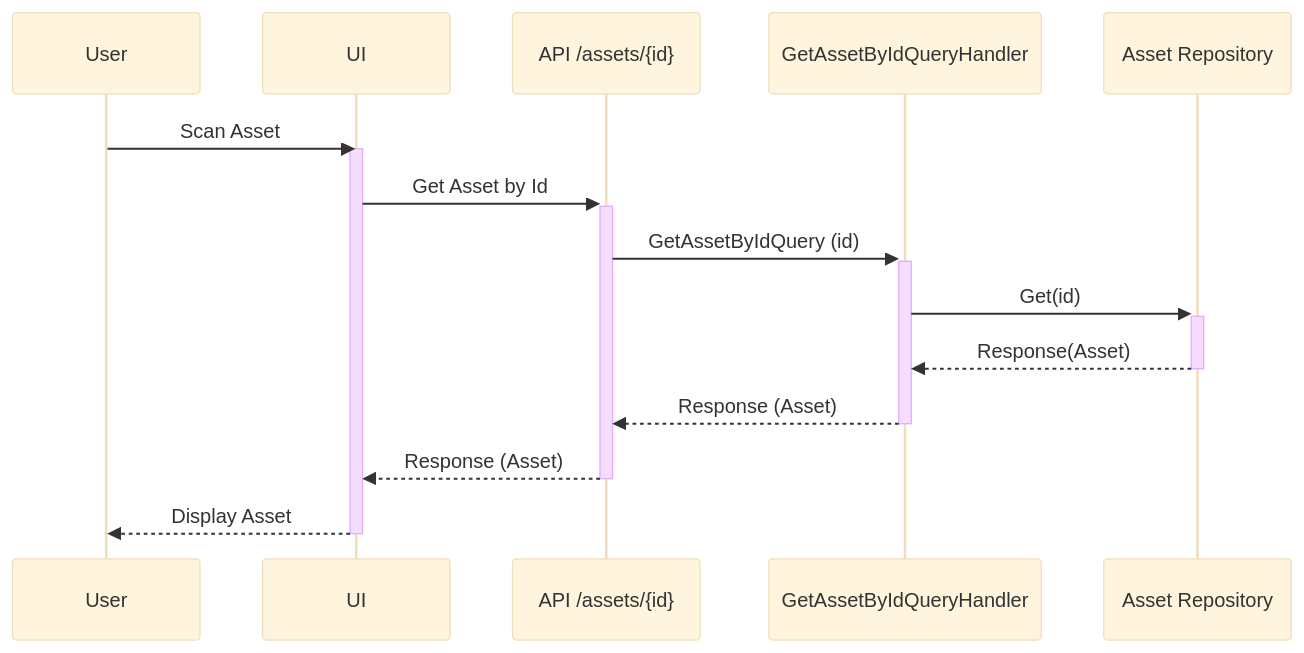
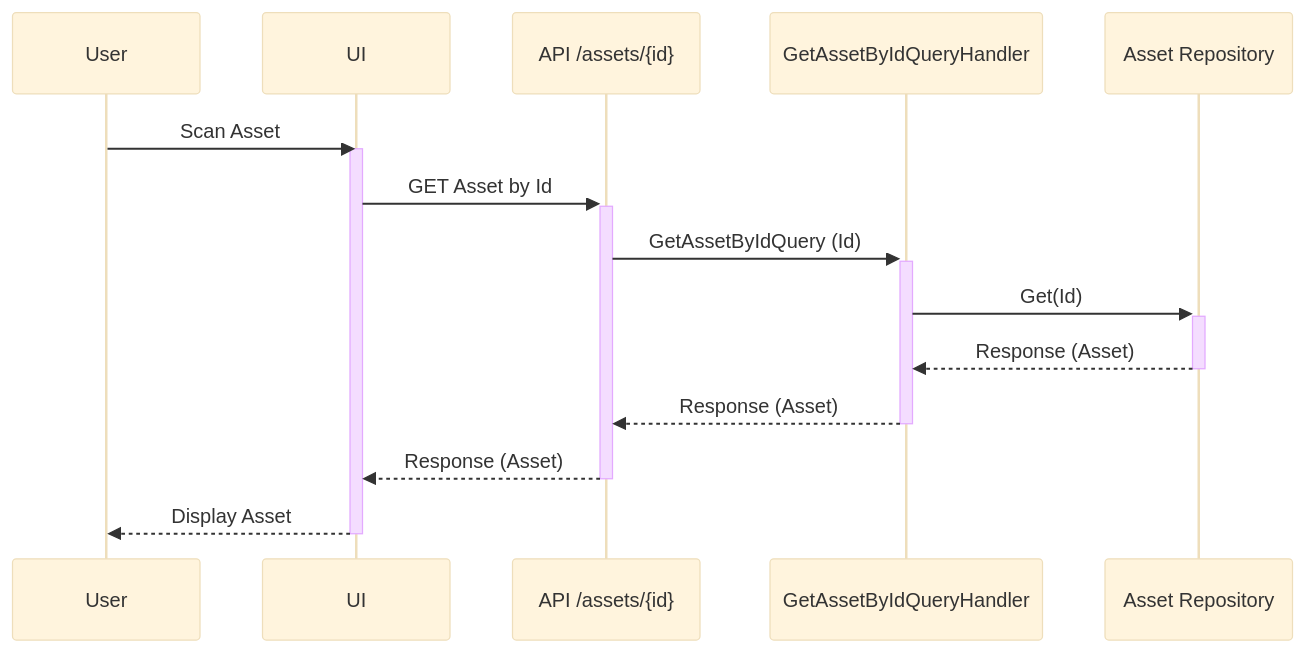
One commit to livun/bouvet-asset-hub changed the first of 4 diagrams in docs/sequence-diagrams/read-asset.md. Above: the diagram before and after it, drawn with Mermaid (base theme). The commit also changed other lines of this file and 9 other files, not shown here.

Commit message:
Finished with sequence diagrams

````diff
--- a/docs/sequence-diagrams/read-asset.md
+++ b/docs/sequence-diagrams/read-asset.md
@@ -3,14 +7,14 @@
 ```mermaid
 sequenceDiagram
 User ->> UI : Scan Asset
     Activate UI
-        UI ->>+ API /assets/{id}: Get Asset by Id
-        API /assets/{id} ->>+ GetAssetByIdQueryHandler : GetAssetByIdQuery (id)
-        GetAssetByIdQueryHandler ->>+ Asset Repository : Get(id)
-        Asset Repository -->>- GetAssetByIdQueryHandler : Response(Asset)
+        UI ->>+ API /assets/{id}: GET Asset by Id
+        API /assets/{id} ->>+ GetAssetByIdQueryHandler : GetAssetByIdQuery (Id)
+        GetAssetByIdQueryHandler ->>+ Asset Repository : Get(Id)
+        Asset Repository -->>- GetAssetByIdQueryHandler : Response (Asset)
         GetAssetByIdQueryHandler -->>- API /assets/{id} : Response (Asset)
         API /assets/{id} -->>- UI : Response (Asset)
         UI -->> User: Display Asset
     Deactivate UI
 
 ```
````
